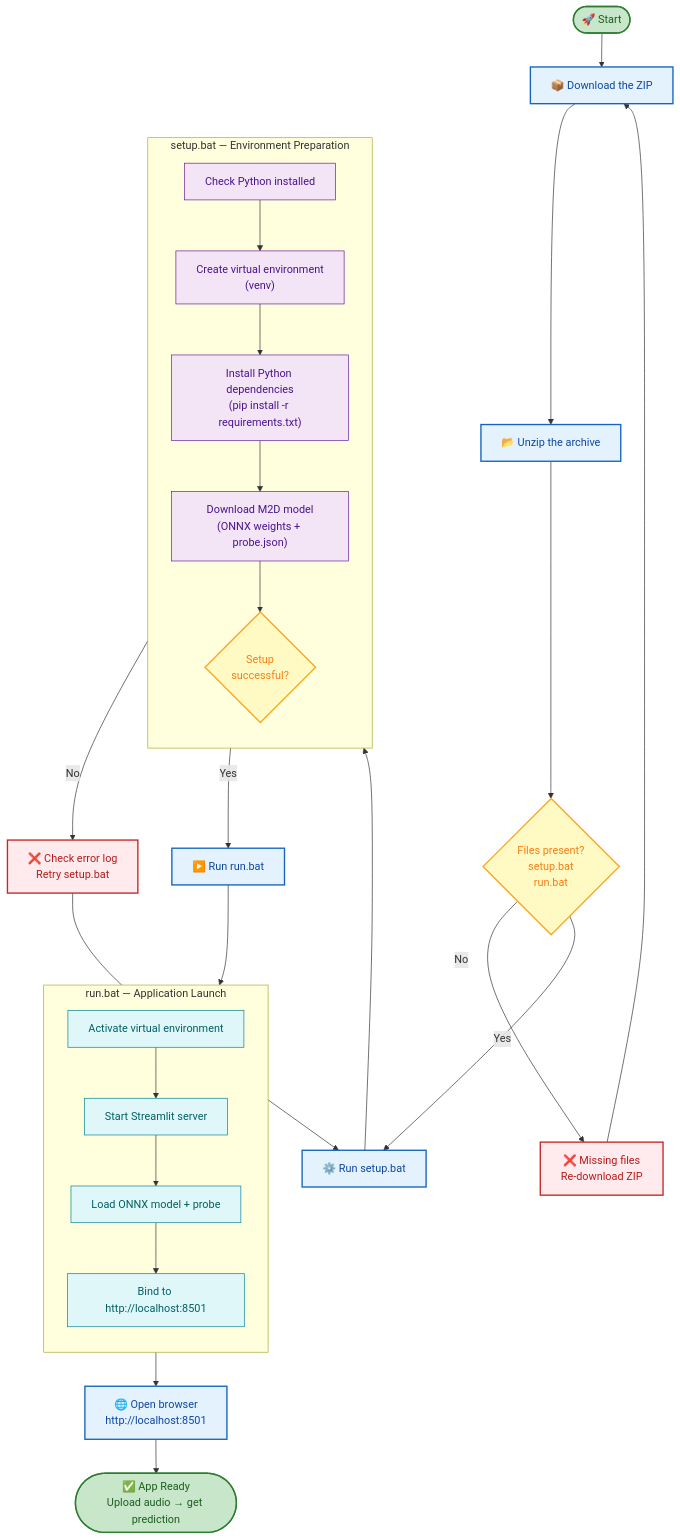
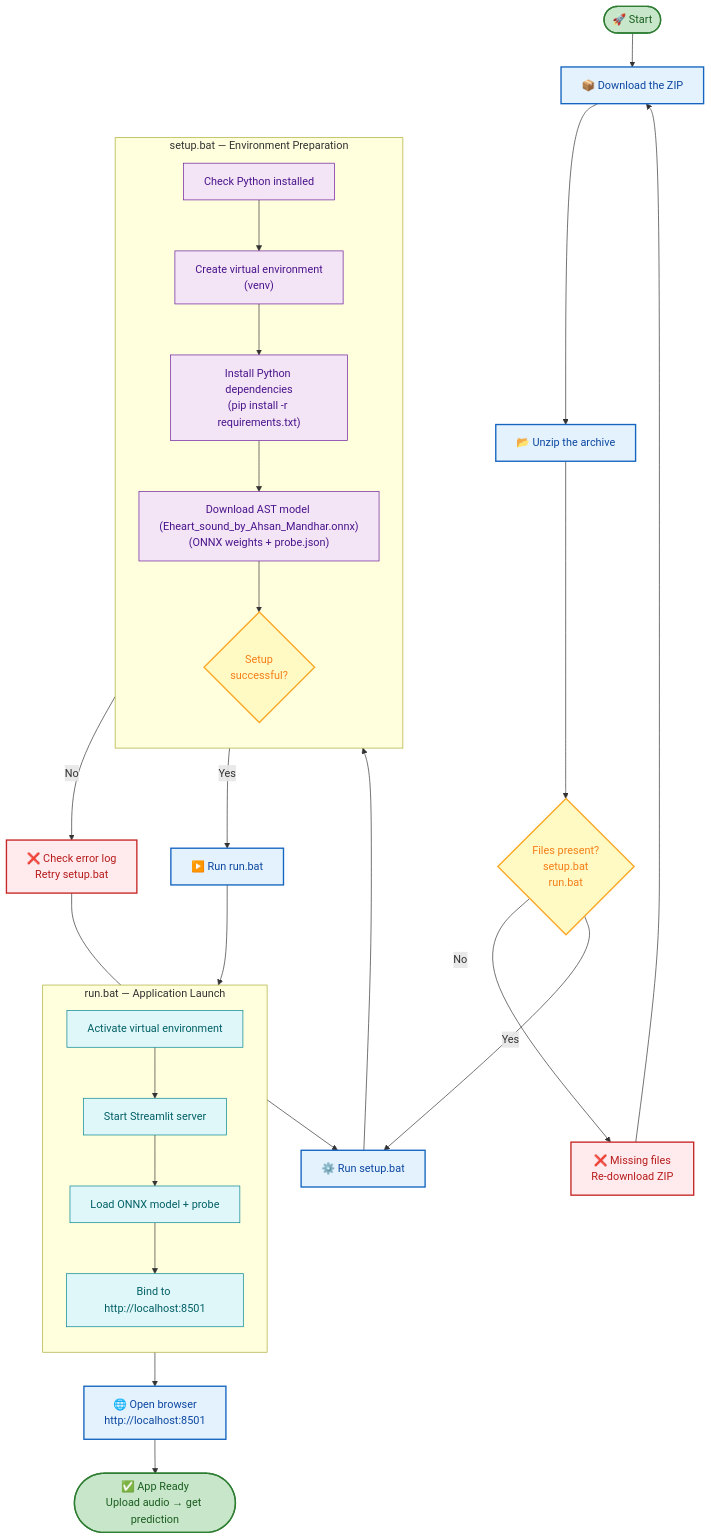
Before and after one commit to ahsanmandhar-ui/heart-murmur-pwa: the first of 5 diagrams in README.md, drawn with Mermaid.

Commit message:
Replace M2D references with AST model name in mermaid

````diff
--- a/README.md
+++ b/README.md
@@ -24,55 +24,55 @@
 ```mermaid
 flowchart TD
     START(["🚀 Start"]) --> DL["📦 Download the ZIP"]
     DL --> UNZIP["📂 Unzip the archive"]
     UNZIP --> CHECK{"Files present?<br/>setup.bat<br/>run.bat"}
     
     CHECK -- No --> ERR1["❌ Missing files<br/>Re-download ZIP"]
     ERR1 --> DL
     
     CHECK -- Yes --> SETUP["⚙️ Run setup.bat"]
     
     subgraph SETUP_BLOCK["setup.bat — Environment Preparation"]
         direction TB
         S1["Check Python installed"]
         S2["Create virtual environment<br/>(venv)"]
         S3["Install Python dependencies<br/>(pip install -r requirements.txt)"]
-        S4["Download M2D model<br/>(ONNX weights + probe.json)"]
+        S4["Download AST model (Eheart_sound_by_Ahsan_Mandhar.onnx)<br/>(ONNX weights + probe.json)"]
         S5{"Setup<br/>successful?"}
         S1 --> S2 --> S3 --> S4 --> S5
     end
     
     SETUP --> S1
     S5 -- No --> ERR2["❌ Check error log<br/>Retry setup.bat"]
     ERR2 --> SETUP
     
     S5 -- Yes --> RUN["▶️ Run run.bat"]
     
     subgraph RUN_BLOCK["run.bat — Application Launch"]
         direction TB
         R1["Activate virtual environment"]
         R2["Start Streamlit server"]
         R3["Load ONNX model + probe"]
         R4["Bind to http://localhost:8501"]
         R1 --> R2 --> R3 --> R4
     end
     
     RUN --> R1
     R4 --> BROWSER["🌐 Open browser<br/>http://localhost:8501"]
     BROWSER --> APP(["✅ App Ready<br/>Upload audio → get prediction"])
 
     classDef startend fill:#c8e6c9,stroke:#2e7d32,stroke-width:2px,color:#1b5e20;
     classDef action fill:#e3f2fd,stroke:#1565c0,stroke-width:2px,color:#0d47a1;
     classDef decision fill:#fff9c4,stroke:#f9a825,stroke-width:2px,color:#f57f17;
     classDef error fill:#ffebee,stroke:#c62828,stroke-width:2px,color:#b71c1c;
     classDef setup fill:#f3e5f5,stroke:#6a1b9a,stroke-width:1px,color:#4a148c;
     classDef run fill:#e0f7fa,stroke:#00838f,stroke-width:1px,color:#006064;
     classDef done fill:#d1c4e9,stroke:#4527a0,stroke-width:2px,color:#311b92;
 
     class START,APP startend;
     class DL,UNZIP,SETUP,RUN,BROWSER action;
     class CHECK,S5 decision;
     class ERR1,ERR2 error;
     class S1,S2,S3,S4 setup;
     class R1,R2,R3,R4 run;
 ```
````
